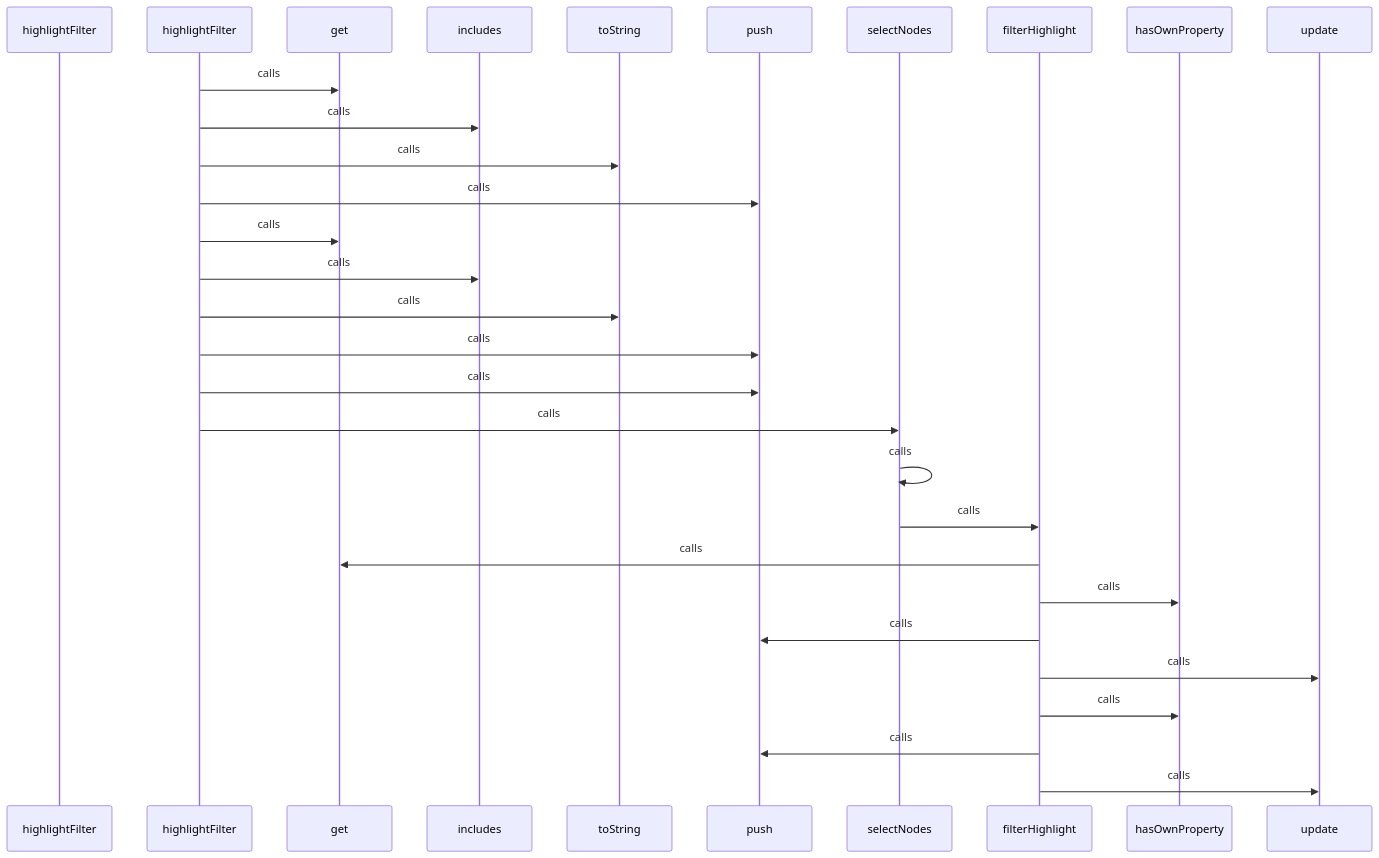
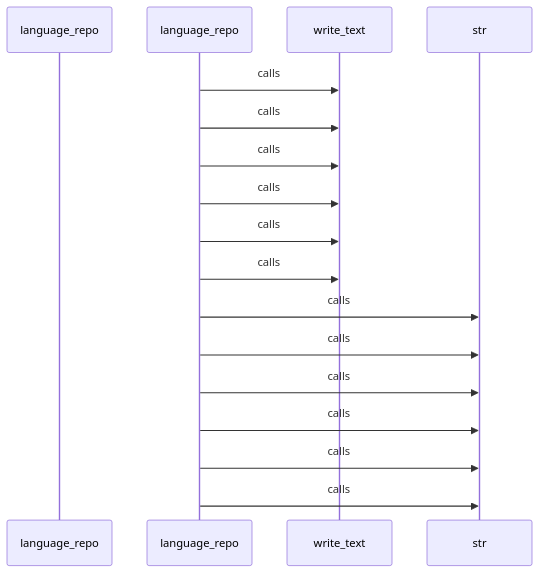
One commit to hazalkoom/DECODEx01 changed diagram 21 of 26 in docs/CALL_FLOW.md. Above: the diagram before and after it, drawn with Mermaid. The commit also changed other lines of this file and 15 other files, not shown here.

Commit message:
feat: NLG phases 2-4 - API scanner, few-shot schema, and story generator

````diff
--- a/docs/CALL_FLOW.md
+++ b/docs/CALL_FLOW.md
@@ -749,81 +785,53 @@
 ```mermaid
 sequenceDiagram
-    participant Start as highlightFilter
+    participant Start as language_repo
 
 
-    highlightFilter->>get: calls
+    language_repo->>write_text: calls
 
 
 
-    highlightFilter->>includes: calls
+    language_repo->>write_text: calls
 
 
 
-    highlightFilter->>toString: calls
+    language_repo->>write_text: calls
 
 
 
-    highlightFilter->>push: calls
+    language_repo->>write_text: calls
 
 
 
-    highlightFilter->>get: calls
+    language_repo->>write_text: calls
 
 
 
-    highlightFilter->>includes: calls
+    language_repo->>write_text: calls
 
 
 
-    highlightFilter->>toString: calls
+    language_repo->>str: calls
 
 
 
-    highlightFilter->>push: calls
+    language_repo->>str: calls
 
 
 
-    highlightFilter->>push: calls
+    language_repo->>str: calls
 
 
 
-    highlightFilter->>selectNodes: calls
+    language_repo->>str: calls
 
 
 
-    selectNodes->>selectNodes: calls
+    language_repo->>str: calls
 
 
 
-    selectNodes->>filterHighlight: calls
-
-
-
-    filterHighlight->>get: calls
-
-
-
-    filterHighlight->>hasOwnProperty: calls
-
-
-
-    filterHighlight->>push: calls
-
-
-
-    filterHighlight->>update: calls
-
-
-
-    filterHighlight->>hasOwnProperty: calls
-
-
-
-    filterHighlight->>push: calls
-
-
-
-    filterHighlight->>update: calls
+    language_repo->>str: calls
 
 
 ```
````
